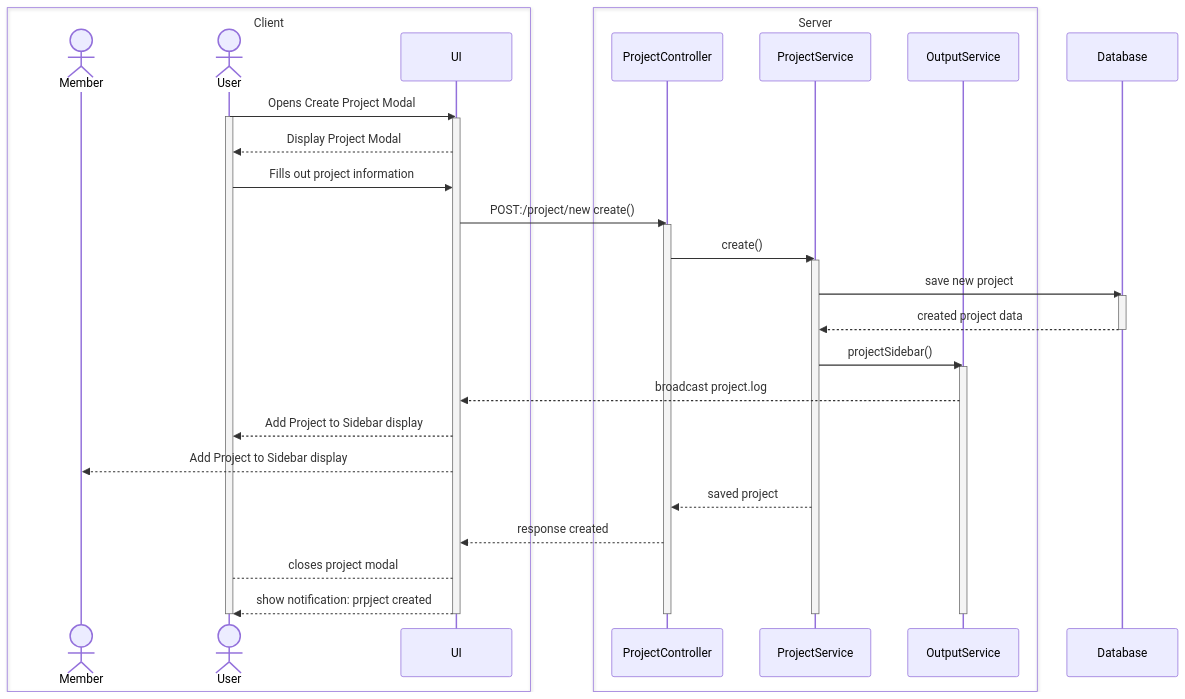
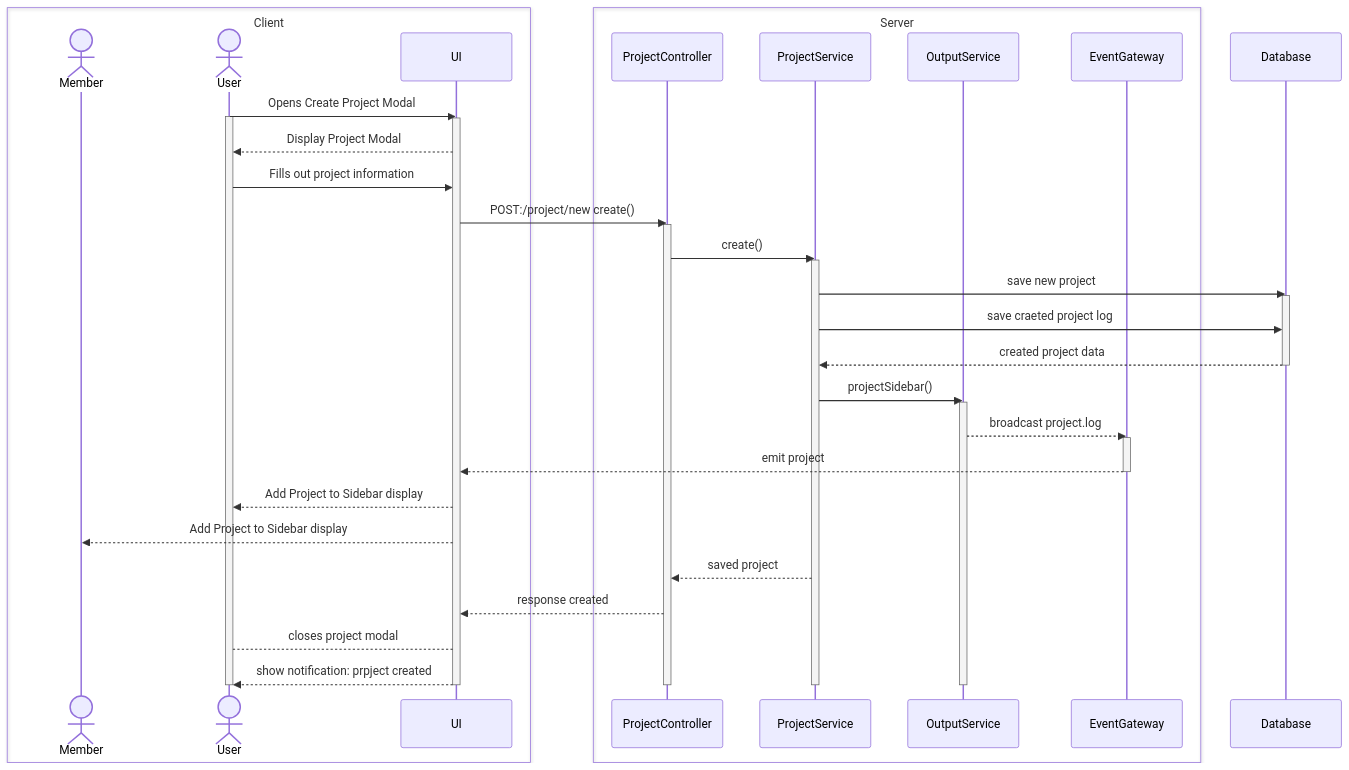
The diagram in sequence-diagram/create-project.md (williamkmp/sectask-docs), drawn with Mermaid before and after one commit. The commit also changed 1 other file, not shown here.

Commit message:
fix: event gateway

````diff
--- a/sequence-diagram/create-project.md
+++ b/sequence-diagram/create-project.md
@@ -3,47 +3,51 @@
 ```mermaid
     sequenceDiagram
         
         box Client
         actor Member
         actor User
         participant UI
         end
 
         box Server
         participant ProjectController
         participant ProjectService
         participant OutputService
+        participant EventGateway
         end
 
         participant Database
 
         User->>UI: Opens Create Project Modal
         activate User
         activate UI
         UI-->>User: Display Project Modal
         User->>UI: Fills out project information
         UI->>ProjectController: POST:/project/new create()
         activate ProjectController
         ProjectController->>ProjectService: create()
         activate ProjectService
         ProjectService->>Database: save new project
         activate Database
+        ProjectService->>Database: save craeted project log
         Database-->>ProjectService: created project data
         deactivate Database
         ProjectService->>OutputService: projectSidebar() 
         activate OutputService
-        OutputService-->>UI: broadcast project.log
+        OutputService-->>EventGateway: broadcast project.log
+        activate EventGateway
+        EventGateway-->>UI: emit project
+        deactivate EventGateway
         UI-->>User: Add Project to Sidebar display
         UI-->>Member: Add Project to Sidebar display
         ProjectService-->>ProjectController: saved project
         ProjectController-->>UI: response created
         UI-->User: closes project modal
         UI-->>User: show notification: prpject created
 
-
         deactivate OutputService
         deactivate ProjectService
         deactivate ProjectController
         deactivate UI 
         deactivate User
 ```
````
